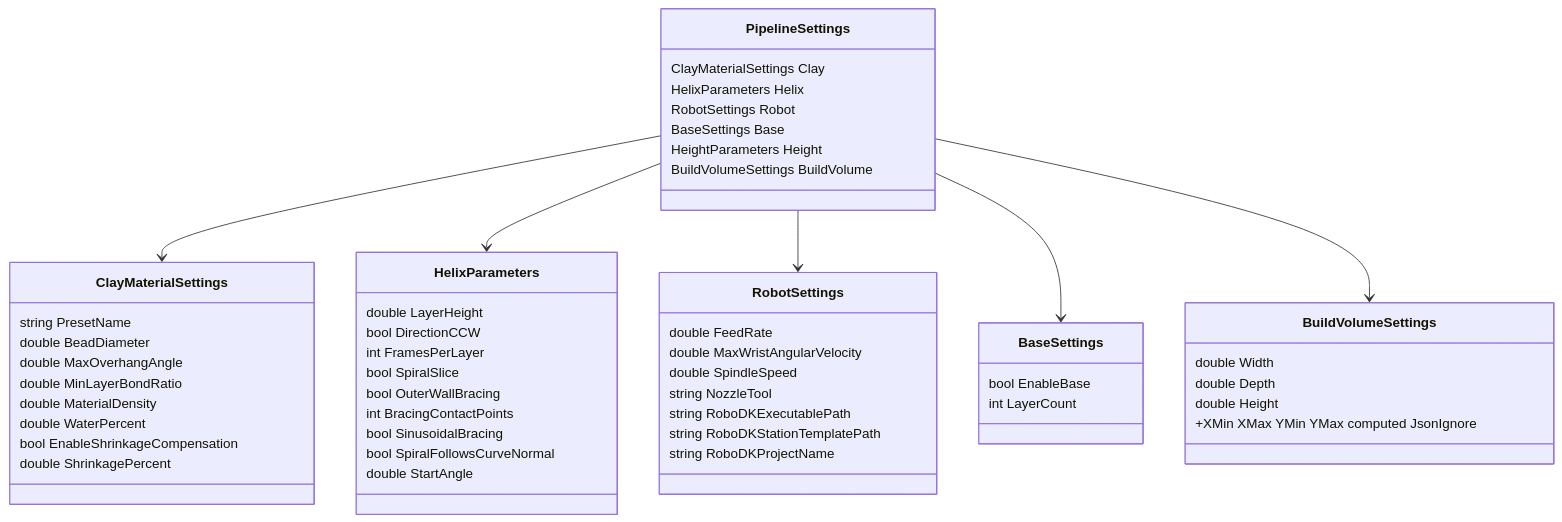
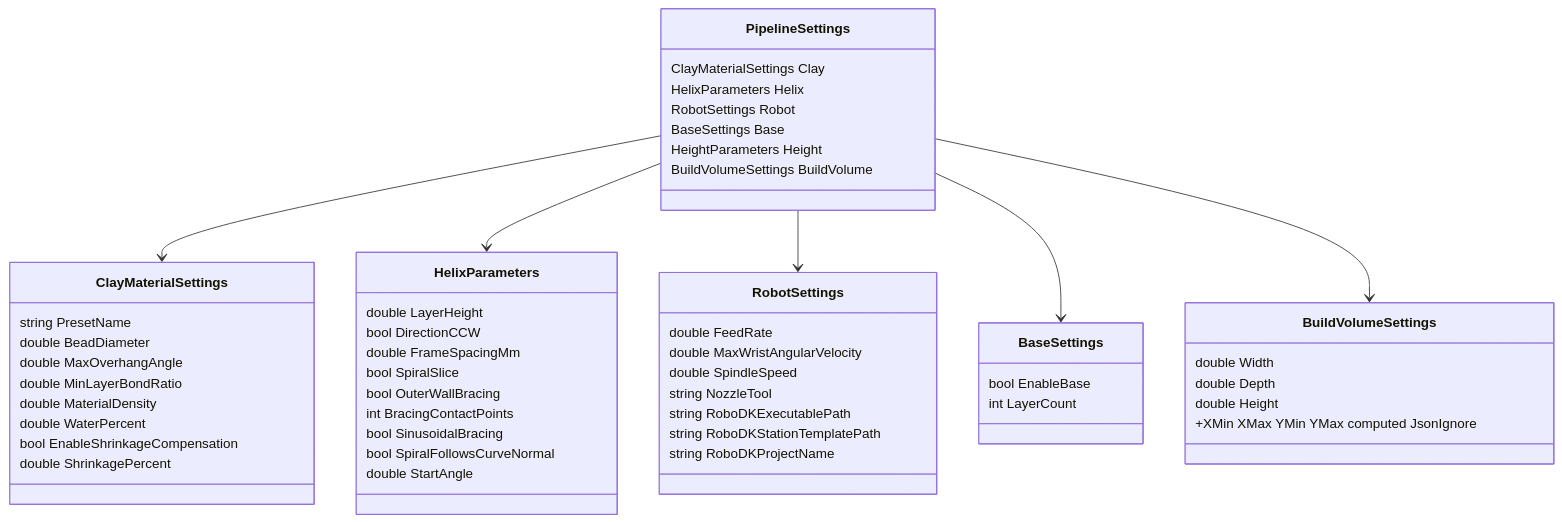
One commit to CyberCraftLab/CCL_Clay3DP changed the seventh of 7 diagrams in ARCHITECTURE.md. Above: the diagram before and after it, drawn with Mermaid. The commit also changed 8 other files, not shown here.

````diff
--- a/ARCHITECTURE.md
+++ b/ARCHITECTURE.md
@@ -247,56 +247,56 @@
 ```mermaid
 classDiagram
     class PipelineSettings {
         ClayMaterialSettings Clay
         HelixParameters Helix
         RobotSettings Robot
         BaseSettings Base
         HeightParameters Height
         BuildVolumeSettings BuildVolume
     }
     class ClayMaterialSettings {
         string PresetName
         double BeadDiameter
         double MaxOverhangAngle
         double MinLayerBondRatio
         double MaterialDensity
         double WaterPercent
         bool EnableShrinkageCompensation
         double ShrinkagePercent
     }
     class HelixParameters {
         double LayerHeight
         bool DirectionCCW
-        int FramesPerLayer
+        double FrameSpacingMm
         bool SpiralSlice
         bool OuterWallBracing
         int BracingContactPoints
         bool SinusoidalBracing
         bool SpiralFollowsCurveNormal
         double StartAngle
     }
     class RobotSettings {
         double FeedRate
         double MaxWristAngularVelocity
         double SpindleSpeed
         string NozzleTool
         string RoboDKExecutablePath
         string RoboDKStationTemplatePath
         string RoboDKProjectName
     }
     class BaseSettings {
         bool EnableBase
         int LayerCount
     }
     class BuildVolumeSettings {
         double Width
         double Depth
         double Height
         +XMin XMax YMin YMax computed JsonIgnore
     }
     PipelineSettings --> ClayMaterialSettings
     PipelineSettings --> HelixParameters
     PipelineSettings --> RobotSettings
     PipelineSettings --> BaseSettings
     PipelineSettings --> BuildVolumeSettings
 ```
````
